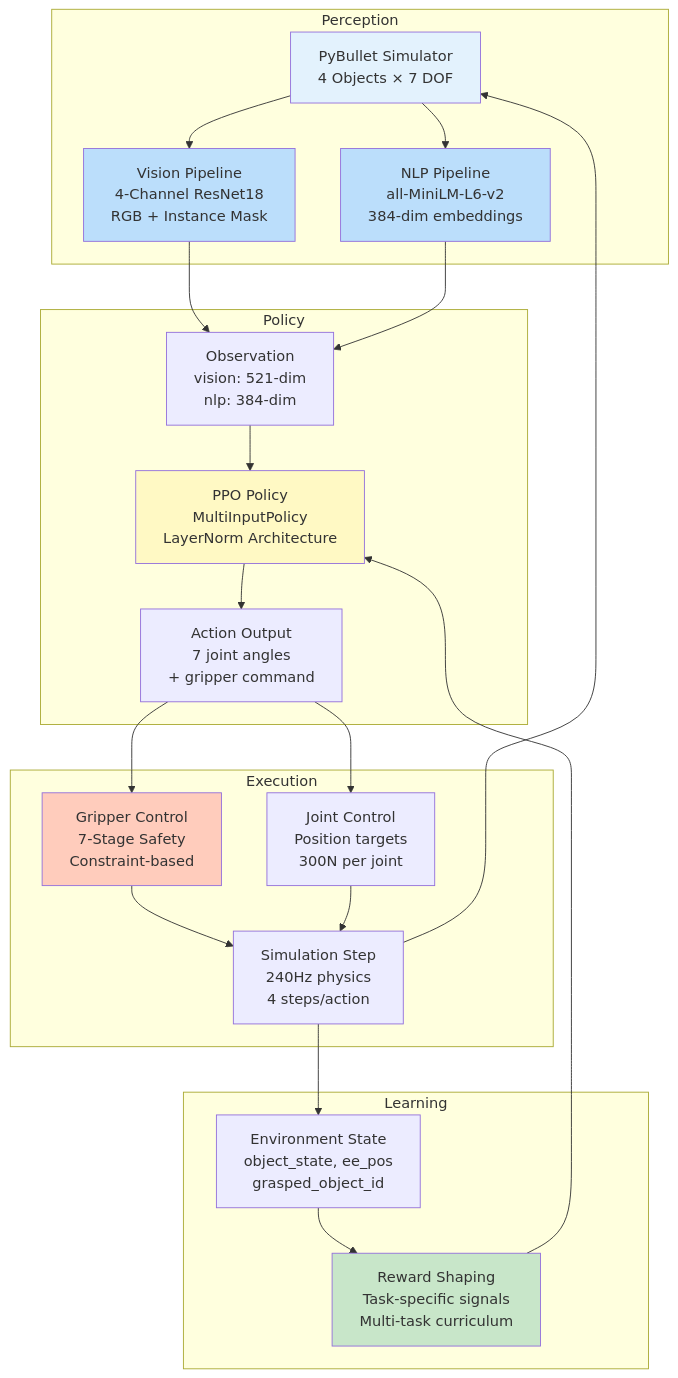
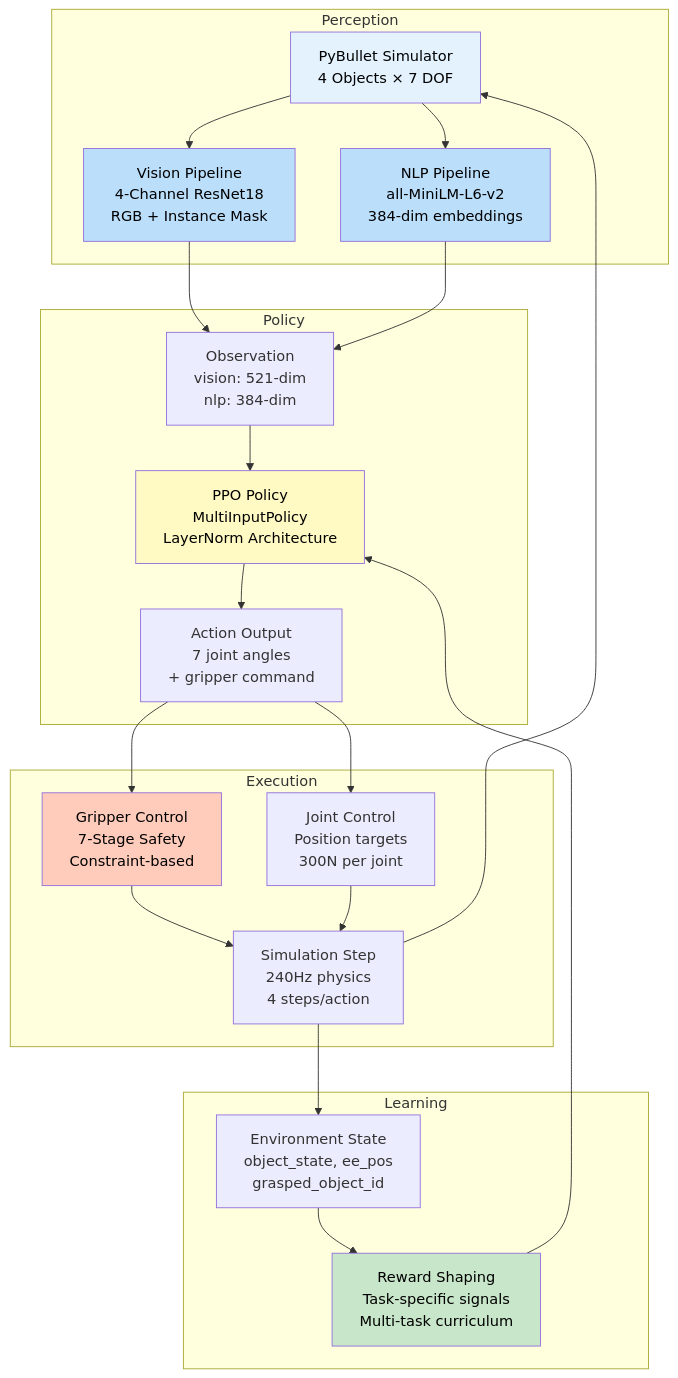
Before and after one commit to SchoolofAI-Algiers/language-guided-robotics: the diagram in README.md, drawn with Mermaid. The commit also changed other lines of this file, not shown here.

Commit message:
Language-guided robotics production ready

````diff
--- a/README.md
+++ b/README.md
@@ -39,47 +39,47 @@
 ```mermaid
 graph TB
     subgraph "Perception"
         A["PyBullet Simulator<br/>4 Objects × 7 DOF"]
         B["Vision Pipeline<br/>4-Channel ResNet18<br/>RGB + Instance Mask"]
         C["NLP Pipeline<br/>all-MiniLM-L6-v2<br/>384-dim embeddings"]
     end
     
     subgraph "Policy"
         D["Observation<br/>vision: 521-dim<br/>nlp: 384-dim"]
         E["PPO Policy<br/>MultiInputPolicy<br/>LayerNorm Architecture"]
         F["Action Output<br/>7 joint angles<br/>+ gripper command"]
     end
     
     subgraph "Execution"
         G["Gripper Control<br/>7-Stage Safety<br/>Constraint-based"]
         H["Joint Control<br/>Position targets<br/>300N per joint"]
         I["Simulation Step<br/>240Hz physics<br/>4 steps/action"]
     end
     
     subgraph "Learning"
         J["Reward Shaping<br/>Task-specific signals<br/>Multi-task curriculum"]
         K["Environment State<br/>object_state, ee_pos<br/>grasped_object_id"]
     end
     
     A --> B
     A --> C
     B --> D
     C --> D
     D --> E
     E --> F
     F --> G
     F --> H
     G --> I
     H --> I
     I --> K
     K --> J
     J --> E
     I --> A
 
-    style A fill:#e3f2fd
-    style B fill:#bbdefb
-    style C fill:#bbdefb
-    style E fill:#fff9c4
-    style G fill:#ffccbc
-    style J fill:#c8e6c9
+    style A fill:#e3f2fd,color:#000
+    style B fill:#bbdefb,color:#000
+    style C fill:#bbdefb,color:#000
+    style E fill:#fff9c4,color:#000
+    style G fill:#ffccbc,color:#000
+    style J fill:#c8e6c9,color:#000
 ```
````
